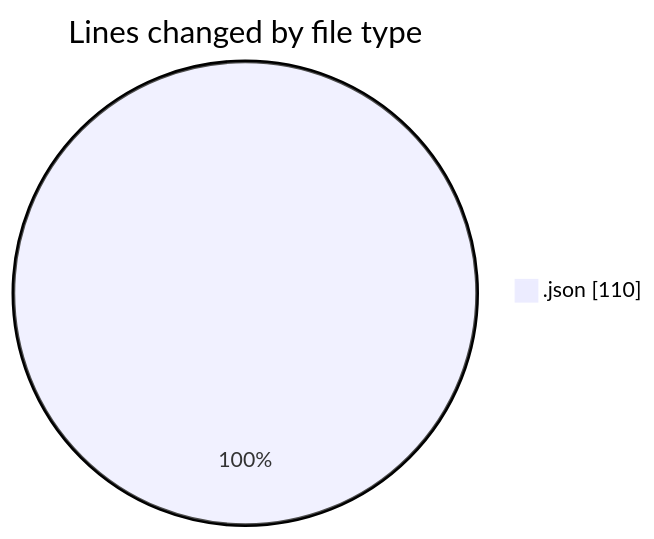
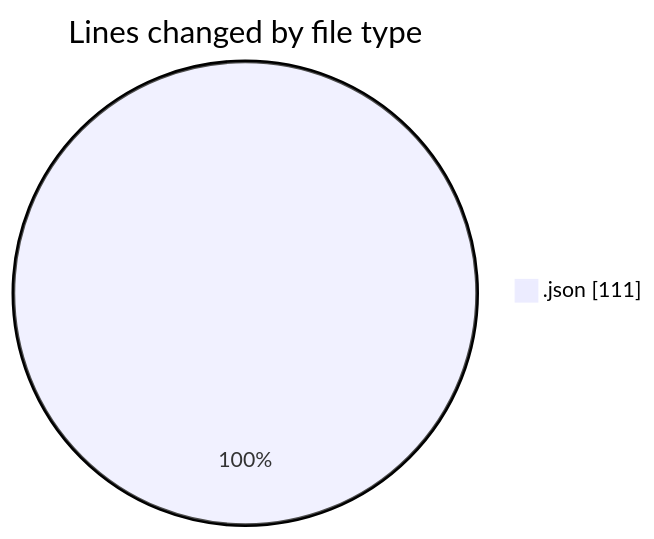
One commit to yexinjia/code-tracking changed the first of 2 diagrams in 2026-08-03/zhenhe-internet-hospital-patient-terminal/README.md. Above: the diagram before and after it, drawn with Mermaid. The commit also changed other lines of this file and 1 other file, not shown here.

````diff
--- a/2026-08-03/zhenhe-internet-hospital-patient-terminal/README.md
+++ b/2026-08-03/zhenhe-internet-hospital-patient-terminal/README.md
@@ -20,5 +20,5 @@
 ```mermaid
 pie showData
 title Lines changed by file type
-".json" : 110
+".json" : 111
 ```
````
